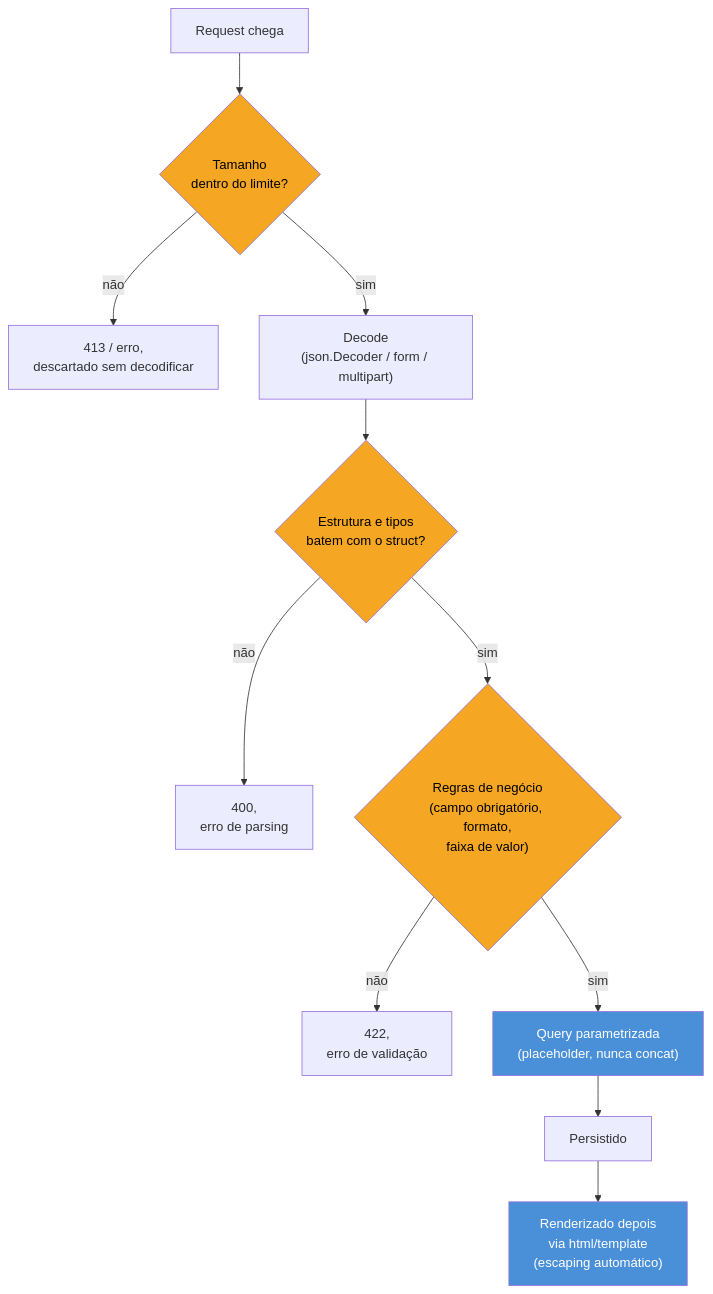
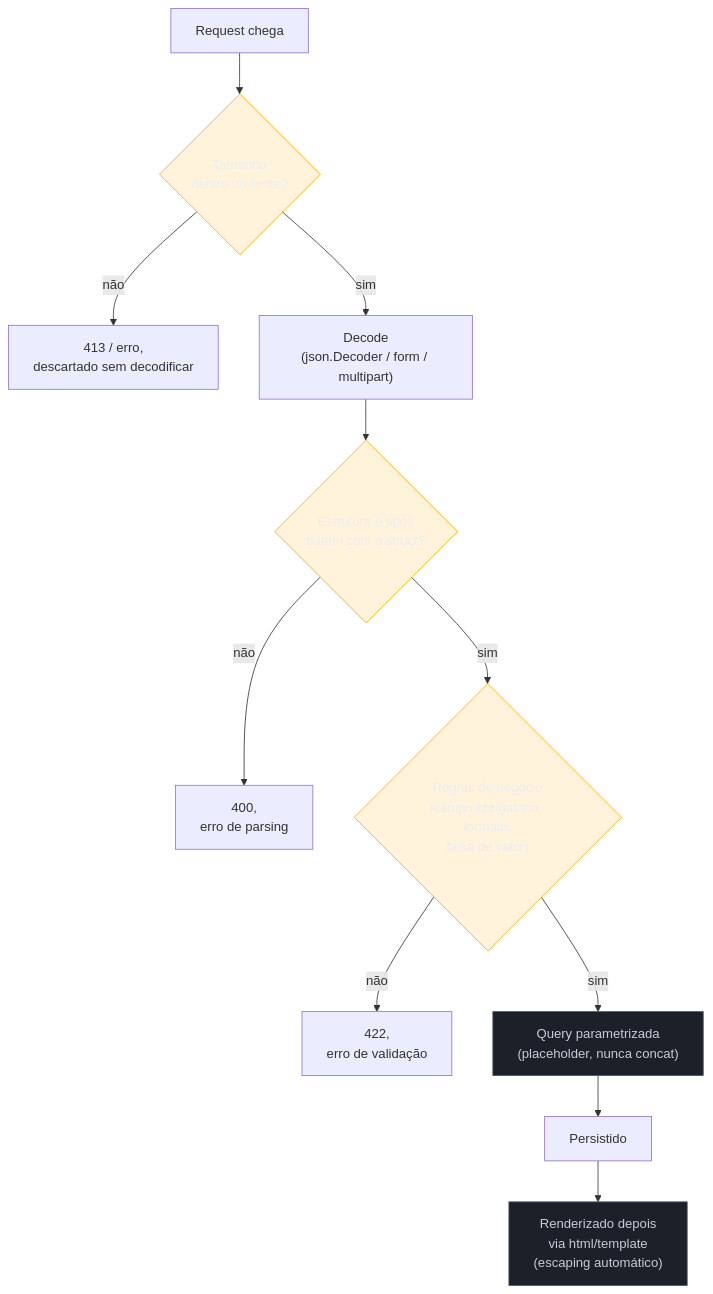
Before and after one commit to josenaldo/codex-technomanticus: the diagram in 03-Dominios/Tecnologia/Go/19 - Segurança/04 - Validação e sanitização de input.md, drawn with Mermaid. The commit also changed 1181 other files, not shown here.

First line of the commit message:
fix(diagramas): paleta do sistema no lugar de cor cravada no markdown

````diff
--- a/03-Dominios/Tecnologia/Go/19 - Segurança/04 - Validação e sanitização de input.md
+++ b/03-Dominios/Tecnologia/Go/19 - Segurança/04 - Validação e sanitização de input.md
@@ -56,19 +56,21 @@
 ```mermaid
 flowchart TB
+    classDef destaque fill:#FFAA0024,stroke:#FFAA00,color:#E9ECF2
+    classDef neutro fill:#1B2029,stroke:#4E5666,color:#C6CCD8
     A["Request chega"] --> B{"Tamanho\ndentro do limite?"}
     B -->|não| R1["413 / erro,\ndescartado sem decodificar"]
     B -->|sim| C["Decode\n(json.Decoder / form / multipart)"]
     C --> D{"Estrutura e tipos\nbatem com o struct?"}
     D -->|não| R2["400,\nerro de parsing"]
     D -->|sim| E{"Regras de negócio\n(campo obrigatório, formato,\nfaixa de valor)"}
     E -->|não| R3["422,\nerro de validação"]
     E -->|sim| F["Query parametrizada\n(placeholder, nunca concat)"]
     F --> G["Persistido"]
     G --> H["Renderizado depois\nvia html/template\n(escaping automático)"]
 
-    style B fill:#F5A623,color:#000
-    style D fill:#F5A623,color:#000
-    style E fill:#F5A623,color:#000
-    style F fill:#4A90D9,color:#fff
-    style H fill:#4A90D9,color:#fff
+    class B destaque
+    class D destaque
+    class E destaque
+    class F neutro
+    class H neutro
 ```
````
